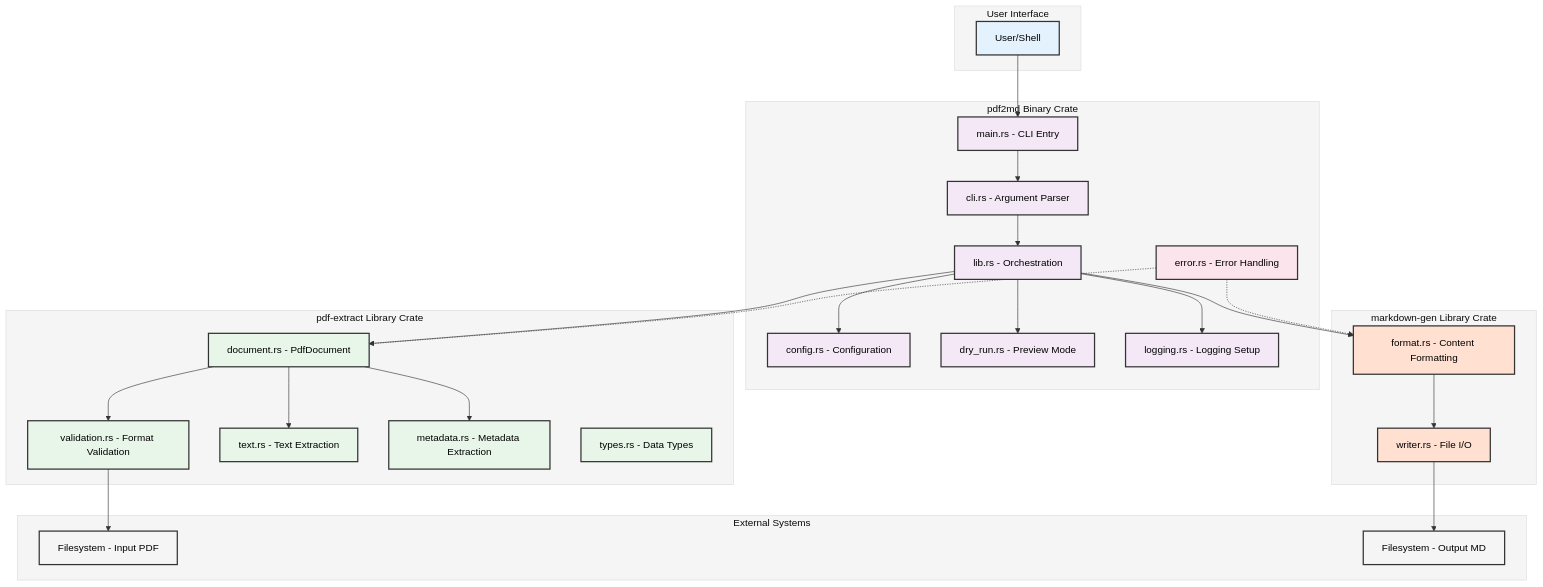
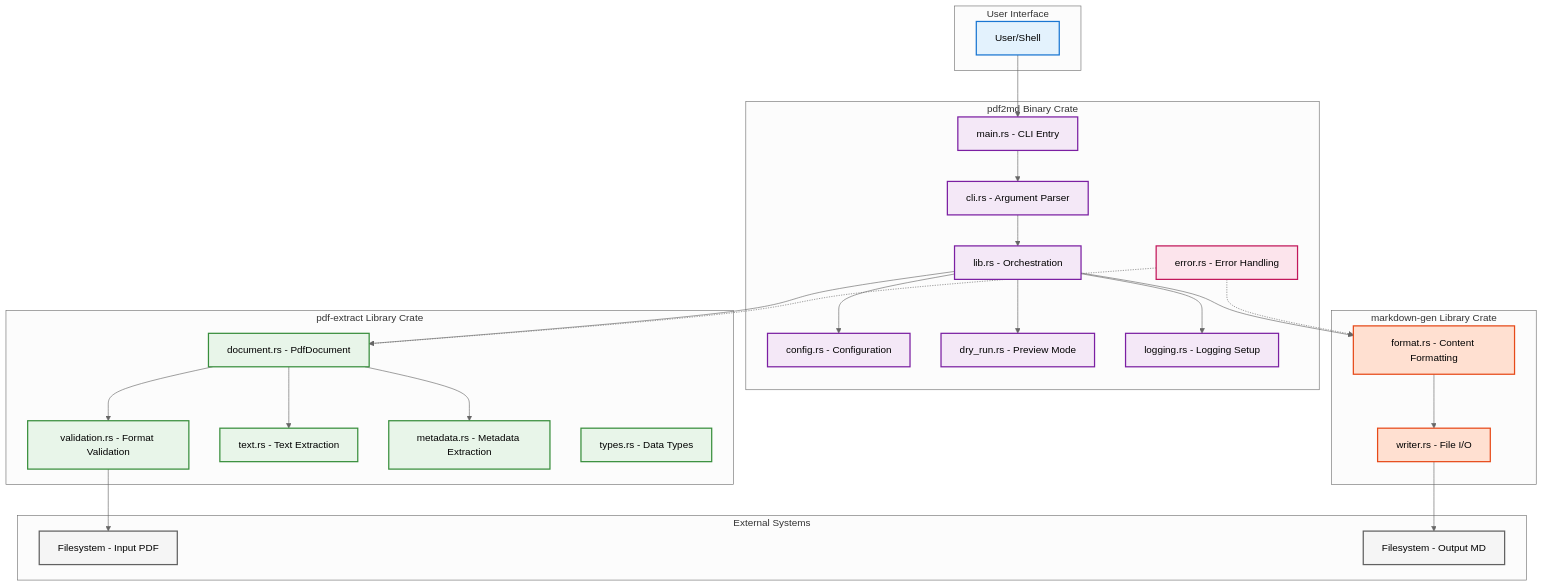
One commit to softwarewrighter/pdf2md changed the first of 8 diagrams in wiki/Architecture-Diagrams.md. Above: the diagram before and after it, drawn with Mermaid. The commit also changed other lines of this file and 7 other files, not shown here.

First line of the commit message:
fix: update mermaid diagrams for GitHub dark mode compatibility

````diff
--- a/wiki/Architecture-Diagrams.md
+++ b/wiki/Architecture-Diagrams.md
@@ -9,70 +9,70 @@
 ```mermaid
-%%{init: {'theme':'base', 'themeVariables': {'primaryColor':'#f5f5f5','primaryTextColor':'#000','primaryBorderColor':'#333','lineColor':'#333','secondaryColor':'#f5f5f5','tertiaryColor':'#f5f5f5'}}}%%
+%%{init: {'theme':'neutral'}}%%
 graph TB
     subgraph "User Interface"
         A[User/Shell]
     end
 
     subgraph "pdf2md Binary Crate"
         B[main.rs - CLI Entry]
         C[cli.rs - Argument Parser]
         D[lib.rs - Orchestration]
         E[config.rs - Configuration]
         F[error.rs - Error Handling]
         G[dry_run.rs - Preview Mode]
         H[logging.rs - Logging Setup]
     end
 
     subgraph "pdf-extract Library Crate"
         I[document.rs - PdfDocument]
         J[validation.rs - Format Validation]
         K[text.rs - Text Extraction]
         L[metadata.rs - Metadata Extraction]
         M[types.rs - Data Types]
     end
 
     subgraph "markdown-gen Library Crate"
         N[format.rs - Content Formatting]
         O[writer.rs - File I/O]
     end
 
     subgraph "External Systems"
         P[Filesystem - Input PDF]
         Q[Filesystem - Output MD]
     end
 
     A --> B
     B --> C
     C --> D
     D --> E
     D --> G
     D --> H
     D --> I
     D --> N
     I --> J
     I --> K
     I --> L
     N --> O
     J --> P
     O --> Q
     F -.-> I
     F -.-> N
 
-    style A fill:#e3f2fd,stroke:#333,stroke-width:2px,color:#000
-    style B fill:#f4e8f7,stroke:#333,stroke-width:2px,color:#000
-    style C fill:#f4e8f7,stroke:#333,stroke-width:2px,color:#000
-    style D fill:#f4e8f7,stroke:#333,stroke-width:2px,color:#000
-    style E fill:#f4e8f7,stroke:#333,stroke-width:2px,color:#000
-    style F fill:#fce4ec,stroke:#333,stroke-width:2px,color:#000
-    style G fill:#f4e8f7,stroke:#333,stroke-width:2px,color:#000
-    style H fill:#f4e8f7,stroke:#333,stroke-width:2px,color:#000
-    style I fill:#e8f5e9,stroke:#333,stroke-width:2px,color:#000
-    style J fill:#e8f5e9,stroke:#333,stroke-width:2px,color:#000
-    style K fill:#e8f5e9,stroke:#333,stroke-width:2px,color:#000
-    style L fill:#e8f5e9,stroke:#333,stroke-width:2px,color:#000
-    style M fill:#e8f5e9,stroke:#333,stroke-width:2px,color:#000
-    style N fill:#ffe0d1,stroke:#333,stroke-width:2px,color:#000
-    style O fill:#ffe0d1,stroke:#333,stroke-width:2px,color:#000
-    style P fill:#f5f5f5,stroke:#333,stroke-width:2px,color:#000
-    style Q fill:#f5f5f5,stroke:#333,stroke-width:2px,color:#000
+    style A fill:#e3f2fd,stroke:#1976d2,stroke-width:2px
+    style B fill:#f4e8f7,stroke:#7b1fa2,stroke-width:2px
+    style C fill:#f4e8f7,stroke:#7b1fa2,stroke-width:2px
+    style D fill:#f4e8f7,stroke:#7b1fa2,stroke-width:2px
+    style E fill:#f4e8f7,stroke:#7b1fa2,stroke-width:2px
+    style F fill:#fce4ec,stroke:#c2185b,stroke-width:2px
+    style G fill:#f4e8f7,stroke:#7b1fa2,stroke-width:2px
+    style H fill:#f4e8f7,stroke:#7b1fa2,stroke-width:2px
+    style I fill:#e8f5e9,stroke:#388e3c,stroke-width:2px
+    style J fill:#e8f5e9,stroke:#388e3c,stroke-width:2px
+    style K fill:#e8f5e9,stroke:#388e3c,stroke-width:2px
+    style L fill:#e8f5e9,stroke:#388e3c,stroke-width:2px
+    style M fill:#e8f5e9,stroke:#388e3c,stroke-width:2px
+    style N fill:#ffe0d1,stroke:#e64a19,stroke-width:2px
+    style O fill:#ffe0d1,stroke:#e64a19,stroke-width:2px
+    style P fill:#f5f5f5,stroke:#616161,stroke-width:2px
+    style Q fill:#f5f5f5,stroke:#616161,stroke-width:2px
 ```
````
